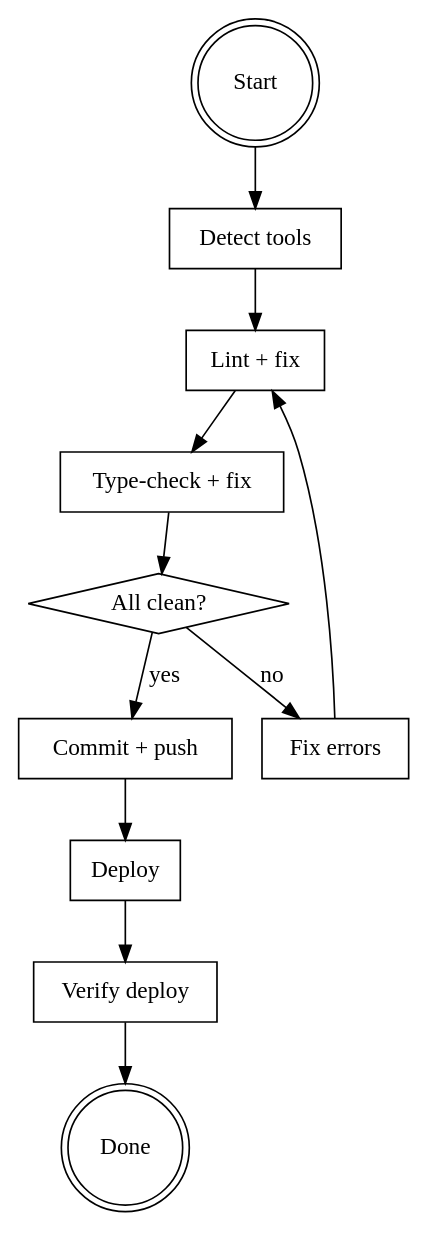
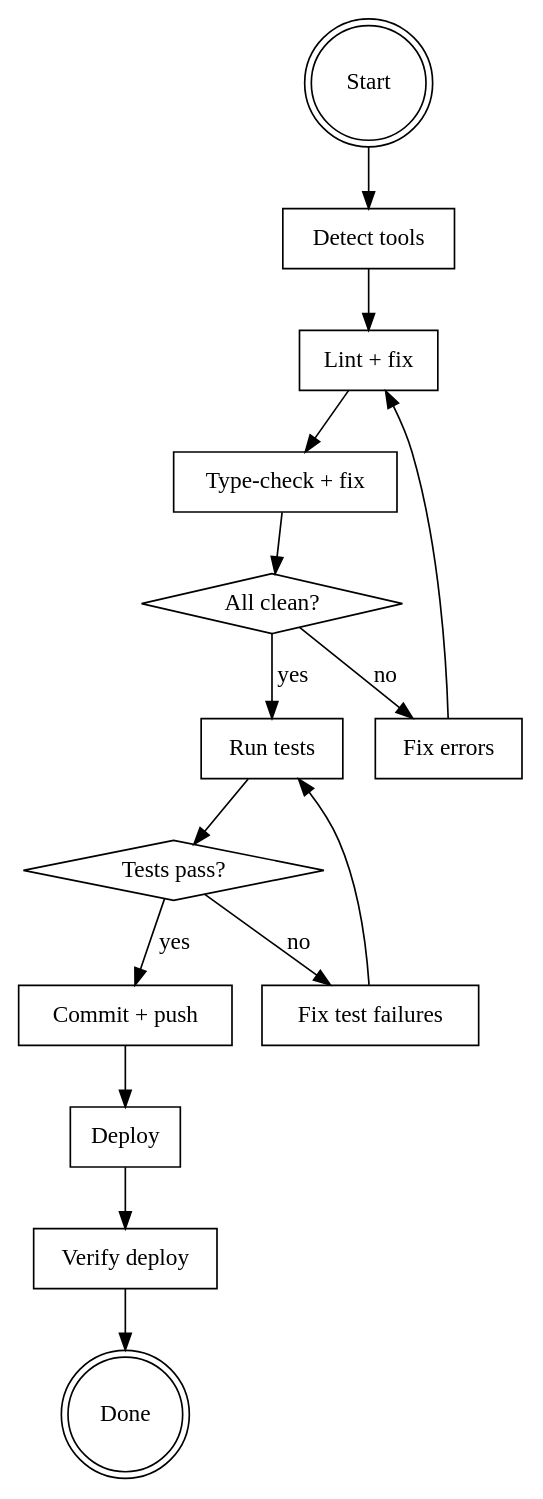
Before and after one commit to pedroberaldo87/pedro-plugins: the diagram in plugins/ship/skills/ship/SKILL.md, drawn with Graphviz. The commit also changed other lines of this file and 2 other files, not shown here.

````diff
--- a/plugins/ship/skills/ship/SKILL.md
+++ b/plugins/ship/skills/ship/SKILL.md
@@ -13,26 +13,33 @@
 ```dot
 digraph ship {
     rankdir=TB;
     "Start" [shape=doublecircle];
     "Detect tools" [shape=box];
     "Lint + fix" [shape=box];
     "Type-check + fix" [shape=box];
     "All clean?" [shape=diamond];
     "Fix errors" [shape=box];
+    "Run tests" [shape=box];
+    "Tests pass?" [shape=diamond];
+    "Fix test failures" [shape=box];
     "Commit + push" [shape=box];
     "Deploy" [shape=box];
     "Verify deploy" [shape=box];
     "Done" [shape=doublecircle];
 
     "Start" -> "Detect tools";
     "Detect tools" -> "Lint + fix";
     "Lint + fix" -> "Type-check + fix";
     "Type-check + fix" -> "All clean?";
-    "All clean?" -> "Commit + push" [label="yes"];
+    "All clean?" -> "Run tests" [label="yes"];
     "All clean?" -> "Fix errors" [label="no"];
     "Fix errors" -> "Lint + fix";
+    "Run tests" -> "Tests pass?";
+    "Tests pass?" -> "Commit + push" [label="yes"];
+    "Tests pass?" -> "Fix test failures" [label="no"];
+    "Fix test failures" -> "Run tests";
     "Commit + push" -> "Deploy";
     "Deploy" -> "Verify deploy";
     "Verify deploy" -> "Done";
 }
 ```
````
